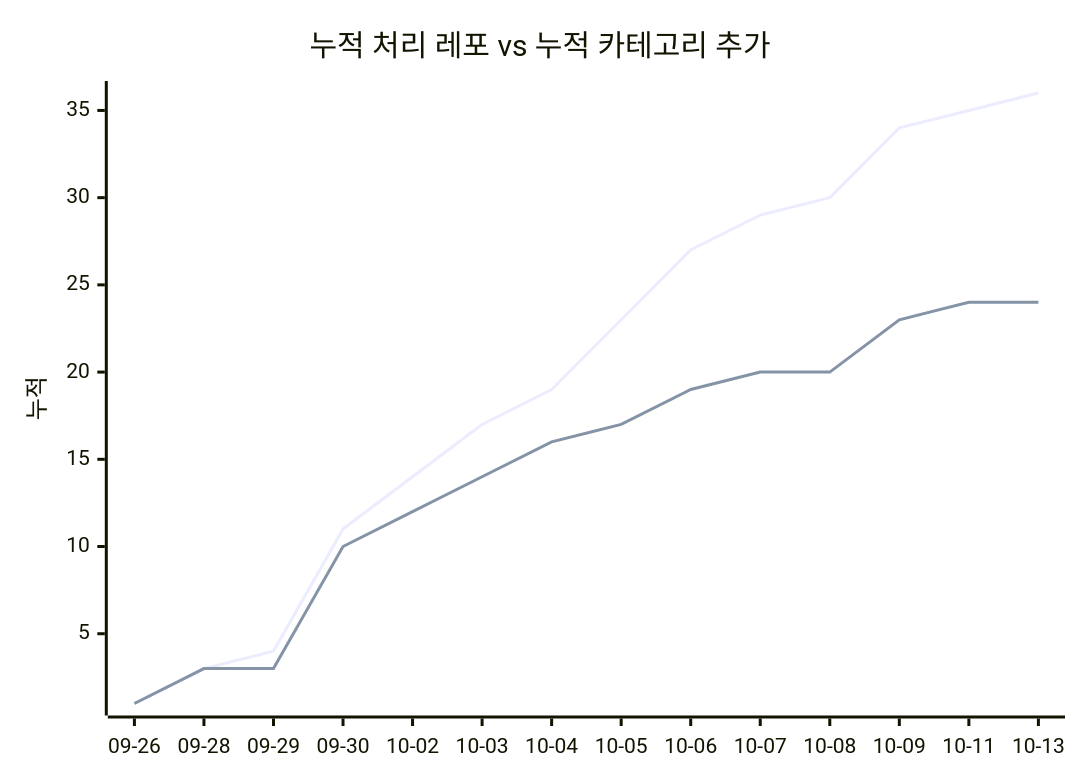
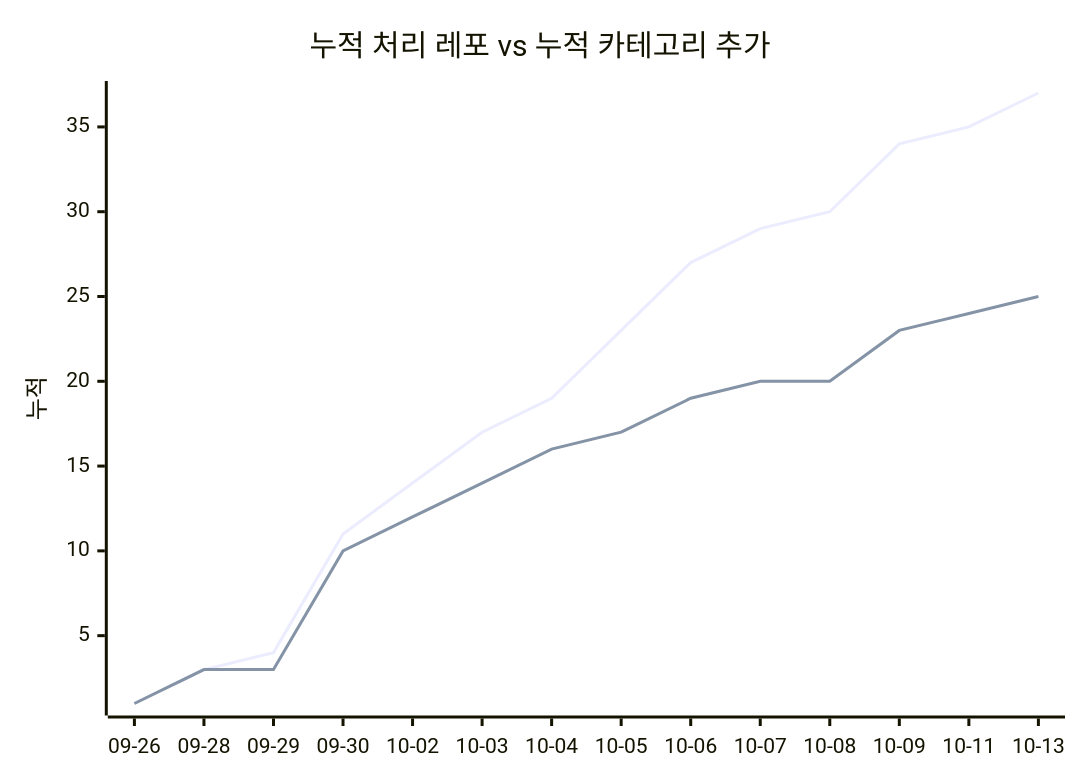
One commit to J-nowcow/awesome-korean-agent-skills changed the second of 2 diagrams in docs/trends.md. Above: the diagram before and after it, drawn with Mermaid. The commit also changed other lines of this file and 3 other files, not shown here.

````diff
--- a/docs/trends.md
+++ b/docs/trends.md
@@ -68,8 +68,8 @@
 ```mermaid
 xychart-beta
     title "누적 처리 레포 vs 누적 카테고리 추가"
     x-axis ["09-26","09-28","09-29","09-30","10-02","10-03","10-04","10-05","10-06","10-07","10-08","10-09","10-11","10-13"]
     y-axis "누적"
-    line [1,3,4,11,14,17,19,23,27,29,30,34,35,36]
-    line [1,3,3,10,12,14,16,17,19,20,20,23,24,24]
+    line [1,3,4,11,14,17,19,23,27,29,30,34,35,37]
+    line [1,3,3,10,12,14,16,17,19,20,20,23,24,25]
 ```
````
